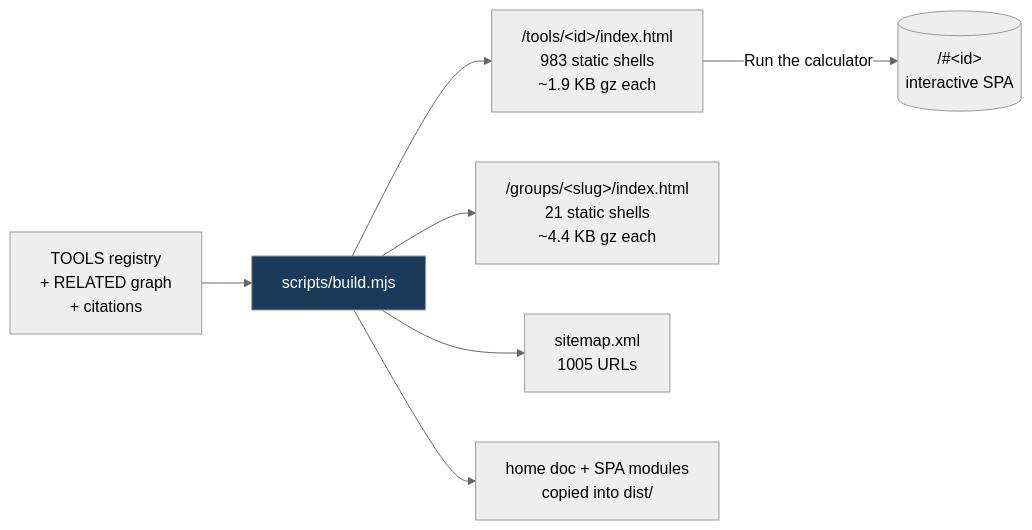
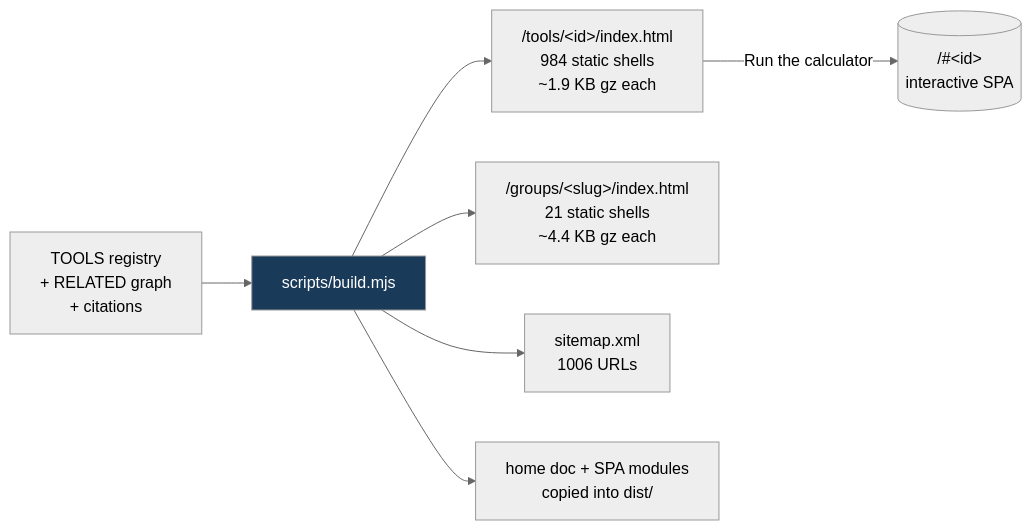
Before and after one commit to clay-good/roughlogic.com: the fifth of 8 diagrams in README.md, drawn with Mermaid (neutral theme). The commit also changed other lines of this file and 15 other files, not shown here.

````diff
--- a/README.md
+++ b/README.md
@@ -495,10 +495,10 @@
 ```mermaid
 flowchart LR
     SRC[TOOLS registry\n+ RELATED graph\n+ citations] --> BUILD[scripts/build.mjs]
-    BUILD --> TILE["/tools/&lt;id&gt;/index.html\n983 static shells\n~1.9 KB gz each"]
+    BUILD --> TILE["/tools/&lt;id&gt;/index.html\n984 static shells\n~1.9 KB gz each"]
     BUILD --> GROUP["/groups/&lt;slug&gt;/index.html\n21 static shells\n~4.4 KB gz each"]
-    BUILD --> MAP["sitemap.xml\n1005 URLs"]
+    BUILD --> MAP["sitemap.xml\n1006 URLs"]
     BUILD --> COPY[home doc + SPA modules\ncopied into dist/]
     TILE -->|Run the calculator| SPA[("/#&lt;id&gt;\ninteractive SPA")]
     style BUILD fill:#1a3a5a,color:#fff
 ```
````
